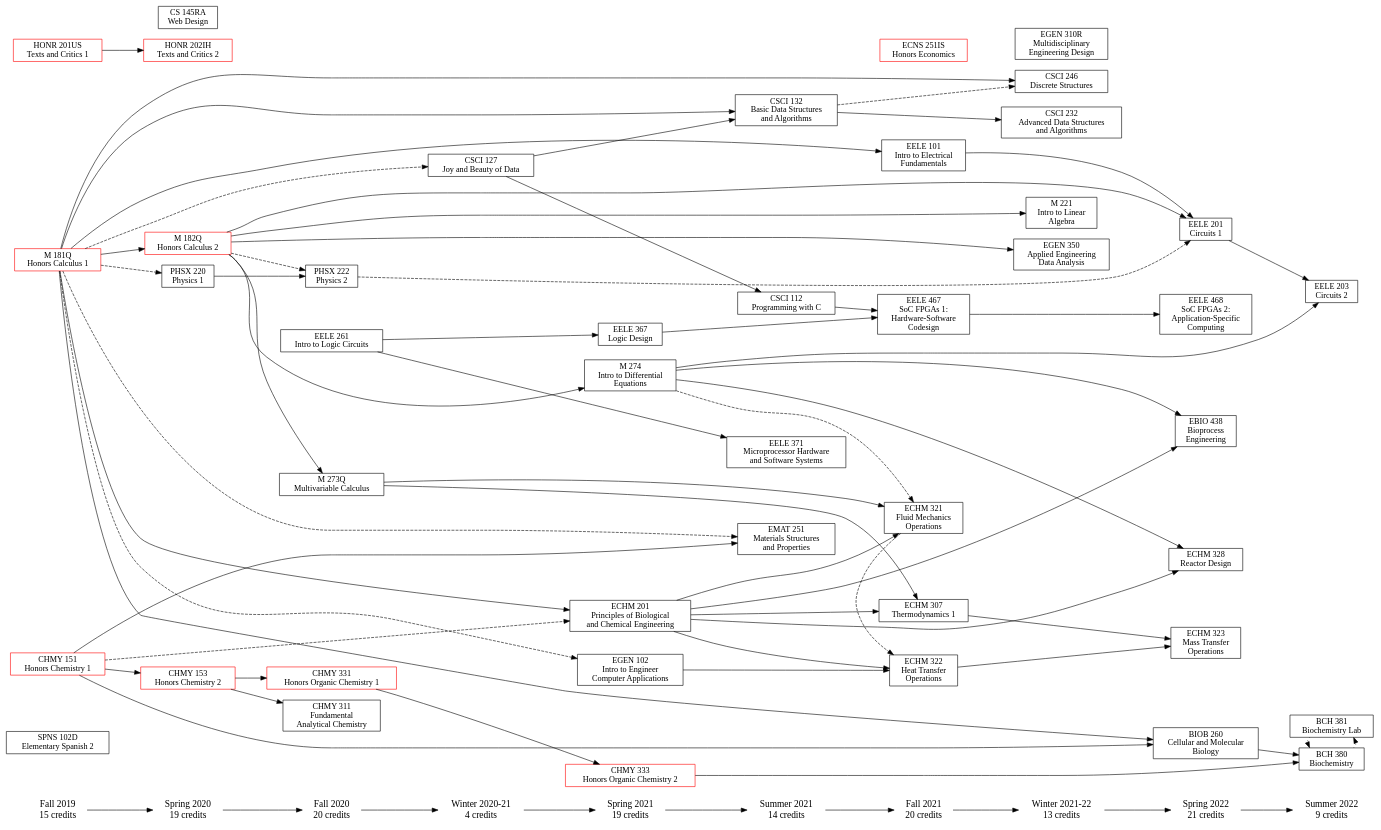
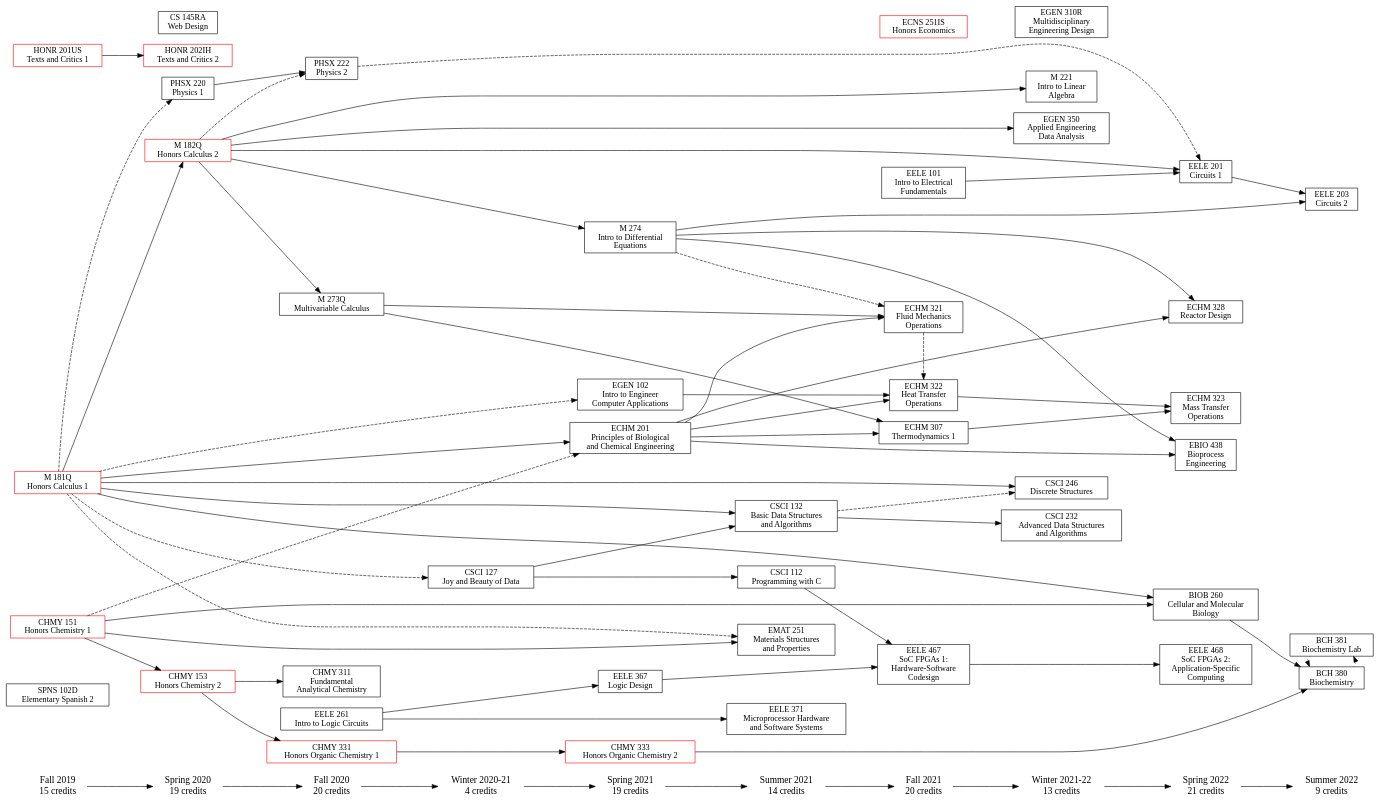
The diagram in courses_potential.gv (w-culhane/courses-flowchart), drawn with Graphviz before and after one commit. The commit also changed 1 other file, not shown here.

```diff
--- a/courses_potential.gv
+++ b/courses_potential.gv
@@ -1,172 +1,171 @@
 digraph potential {
     ranksep=.75; rankdir=LR;
 
     {node [shape=plaintext,fontsize=16];
         "Fall 2019" -> "Spring 2020" -> "Fall 2020" -> "Winter 2020-21"
         -> "Spring 2021" -> "Summer 2021" -> "Fall 2021" -> "Winter 2021-22"
         -> "Spring 2022" -> "Summer 2022";
     }
 
     "Fall 2019" [label="\N\n15 credits"]
     "Spring 2020" [label="\N\n19 credits"]
     "Fall 2020" [label="\N\n20 credits"]
     "Winter 2020-21" [label="\N\n4 credits"]
     "Spring 2021" [label="\N\n19 credits"]
     "Summer 2021" [label="\N\n14 credits"]
     "Fall 2021" [label="\N\n20 credits"]
     "Winter 2021-22" [label="\N\n13 credits"]
     "Spring 2022" [label="\N\n21 credits"]
     "Summer 2022" [label="\N\n9 credits"]
 
     {node [shape=box];
         { rank = same; "Fall 2019"; "SPNS 102D"; "M 181Q"; "HONR 201US"; "CHMY 151"; }
         { rank = same; "Spring 2020"; "PHSX 220"; "M 182Q"; "HONR 202IH"; "CS 145RA"; "CHMY 153"; }
         { rank = same; "Fall 2020"; "PHSX 222"; "M 273Q"; "EELE 261"; "CHMY 331"; "CHMY 311"; }
         { rank = same; "Winter 2020-21"; "CSCI 127"; }
         { rank = same; "Spring 2021"; "M 274"; "EGEN 102"; "EELE 367"; "ECHM 201"; "CHMY 333"; }
         { rank = same; "Summer 2021"; "EMAT 251"; "EELE 371"; "CSCI 132"; "CSCI 112"; }
         { rank = same; "Fall 2021"; "EELE 467"; "EELE 101"; "ECNS 251IS"; "ECHM 322"; "ECHM 321"; "ECHM 307"; }
         { rank = same; "Winter 2021-22"; "M 221"; "EGEN 350"; "EGEN 310R"; "CSCI 246"; "CSCI 232"; }
         { rank = same; "Spring 2022"; "EELE 468"; "EELE 201"; "ECHM 328"; "ECHM 323"; "EBIO 438"; "BIOB 260"; }
-        { rank = same; "Summer 2022"; "EELE 203"; "BCH 381"; "BCH 380";}
+        { rank = same; "Summer 2022"; "EELE 203"; "BCH 381"; "BCH 380"; }
     }
 
     // Honors classes
     "CHMY 151"   [color=red]
     "CHMY 153"   [color=red]
     "CHMY 331"   [color=red]
     "CHMY 333"   [color=red]
     "HONR 201US" [color=red]
     "HONR 202IH" [color=red]
     "M 181Q"     [color=red]
     "M 182Q"     [color=red]
     "ECNS 251IS" [color=red]
 
     // Course labels
 
     // Fall 2019
     "CHMY 151"   [label="\N\nHonors Chemistry 1"]
     "HONR 201US" [label="\N\nTexts and Critics 1"]
     "M 181Q"     [label="\N\nHonors Calculus 1"]
     "SPNS 102D"  [label="\N\nElementary Spanish 2"]
 
     // Spring 2020
     "CHMY 153"   [label="\N\nHonors Chemistry 2"]
     "CS 145RA"   [label="\N\nWeb Design"]
     "HONR 202IH" [label="\N\nTexts and Critics 2"]
     "M 182Q"     [label="\N\nHonors Calculus 2"]
     "PHSX 220"   [label="\N\nPhysics 1"]
 
     // Fall 2020
     "CHMY 311"   [label="\N\nFundamental\nAnalytical Chemistry"]
     "CHMY 331"   [label="\N\nHonors Organic Chemistry 1"]
     "EELE 261"   [label="\N\nIntro to Logic Circuits"]
     "M 273Q"     [label="\N\nMultivariable Calculus"]
     "PHSX 222"   [label="\N\nPhysics 2"]
 
     // Winter 2020-21
     "CSCI 127"   [label="\N\nJoy and Beauty of Data"]
 
     // Spring 2021
     "CHMY 333"   [label="\N\nHonors Organic Chemistry 2"]
     "ECHM 201"   [label="\N\nPrinciples of Biological\nand Chemical Engineering"]
     "EELE 367"   [label="\N\nLogic Design"]
     "EGEN 102"   [label="\N\nIntro to Engineer\nComputer Applications"]
     "M 274"      [label="\N\nIntro to Differential\nEquations"]
 
     // Summer 2021
     "CSCI 112"   [label="\N\nProgramming with C"]
     "CSCI 132"   [label="\N\nBasic Data Structures\nand Algorithms"]
     "EELE 371"   [label="\N\nMicroprocessor Hardware\nand Software Systems"]
     "EMAT 251"   [label="\N\nMaterials Structures\nand Properties"]
 
     // Fall 2021
     "ECHM 307"   [label="\N\nThermodynamics 1"]
     "ECHM 321"   [label="\N\nFluid Mechanics\nOperations"]
     "ECHM 322"   [label="\N\nHeat Transfer\nOperations"]
     "ECNS 251IS" [label="\N\nHonors Economics"]
     "EELE 101"   [label="\N\nIntro to Electrical\nFundamentals"]
     "EELE 467"   [label="\N\nSoC FPGAs 1:\nHardware-Software\nCodesign"]
 
     // Winter 2021-22
     "CSCI 232"   [label="\N\nAdvanced Data Structures\nand Algorithms"]
     "CSCI 246"   [label="\N\nDiscrete Structures"]
     "EGEN 310R"  [label="\N\nMultidisciplinary\nEngineering Design"]
     "EGEN 350"   [label="\N\nApplied Engineering\nData Analysis"]
     "M 221"      [label="\N\nIntro to Linear\nAlgebra"]
 
     // Spring 2022
     "BIOB 260"   [label="\N\nCellular and Molecular\nBiology"]
     "EBIO 438"   [label="\N\nBioprocess\nEngineering"]
     "ECHM 323"   [label="\N\nMass Transfer\nOperations"]
     "ECHM 328"   [label="\N\nReactor Design"]
     "EELE 201"   [label="\N\nCircuits 1"]
     "EELE 468"   [label="\N\nSoC FPGAs 2:\nApplication-Specific\nComputing"]
 
     // Summer 2022
     "BCH 380"   [label="\N\nBiochemistry"]
     "BCH 381"   [label="\N\nBiochemistry Lab"]
     "EELE 203"  [label="\N\nCircuits 2"]
 
     // Course pre- & co- requisites
 
     // Spring 2020
     "CHMY 151" -> "CHMY 153";
     "HONR 201US" -> "HONR 202IH";
     "M 181Q" -> "M 182Q";
     "M 181Q" -> "PHSX 220" [style=dashed];
 
     // Fall 2020
     "CHMY 153" -> { "CHMY 311" "CHMY 331" };
     "M 182Q" -> "M 273Q";
     "M 182Q" -> "PHSX 222" [style=dashed];
     "PHSX 220" -> "PHSX 222";
 
     // Winter 2020-21
     "M 181Q" -> "CSCI 127" [style=dashed];
 
     // Spring 2021
     "CHMY 151" -> "ECHM 201" [style=dashed];
     "CHMY 331" -> "CHMY 333";
     "EELE 261" -> "EELE 367";
     "M 181Q" -> "ECHM 201";
     "M 181Q" -> "EGEN 102" [style=dashed];
     "M 182Q" -> "M 274";
 
     // Summer 2021
     "CHMY 151" -> "EMAT 251";
     "CSCI 127" -> { "CSCI 112" "CSCI 132" };
     "EELE 261" -> "EELE 371";
     "M 181Q" -> "CSCI 132";
     "M 181Q" -> "EMAT 251" [style=dashed];
 
     // Fall 2021
     "CSCI 112" -> "EELE 467";
     "ECHM 201" -> { "ECHM 307" "ECHM 321" "ECHM 322" };
     "ECHM 321" -> "ECHM 322" [style=dashed];
     "EELE 367" -> "EELE 467";
     "EGEN 102" -> "ECHM 322";
-    "M 181Q" -> "EELE 101";
     "M 273Q" -> { "ECHM 307" "ECHM 321" };
     "M 274" -> "ECHM 321" [style=dashed];
 
     // Winter 2021-22
     "CSCI 132" -> "CSCI 232";
     "M 181Q" -> "CSCI 246";
     "CSCI 132" -> "CSCI 246" [style=dashed];
     "M 182Q" -> { "EGEN 350" "M 221" };
 
     // Spring 2022
     { "CHMY 151" "M 181Q" } -> "BIOB 260";
     { "ECHM 201" "M 274" } -> { "EBIO 438" "ECHM 328" };
     { "ECHM 307" "ECHM 322" } -> "ECHM 323";
     { "EELE 101" "M 182Q" } -> "EELE 201";
     "PHSX 222" -> "EELE 201" [style=dashed];
     "EELE 467" -> "EELE 468";
 
     // Summer 2022
     { "BIOB 260" "CHMY 333" } -> "BCH 380";
     "BCH 380" -> "BCH 381" [style=dotted];
     "BCH 381" -> "BCH 380" [style=dotted];
     { "EELE 201" "M 274" } -> "EELE 203";
 }
```
